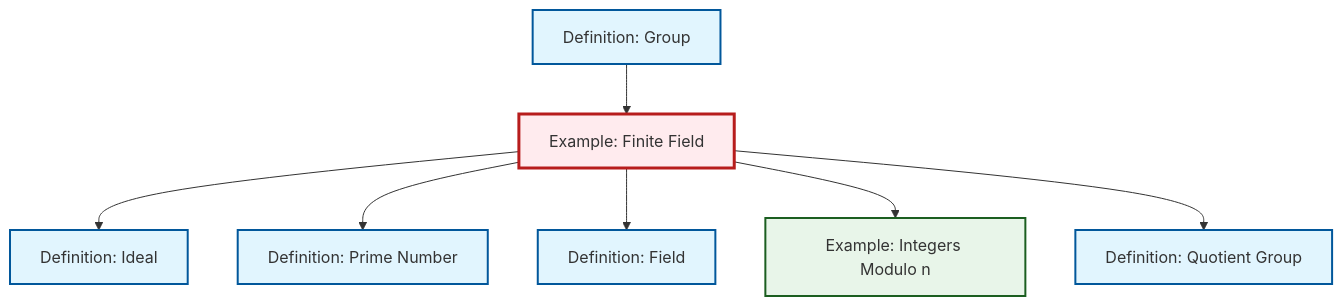
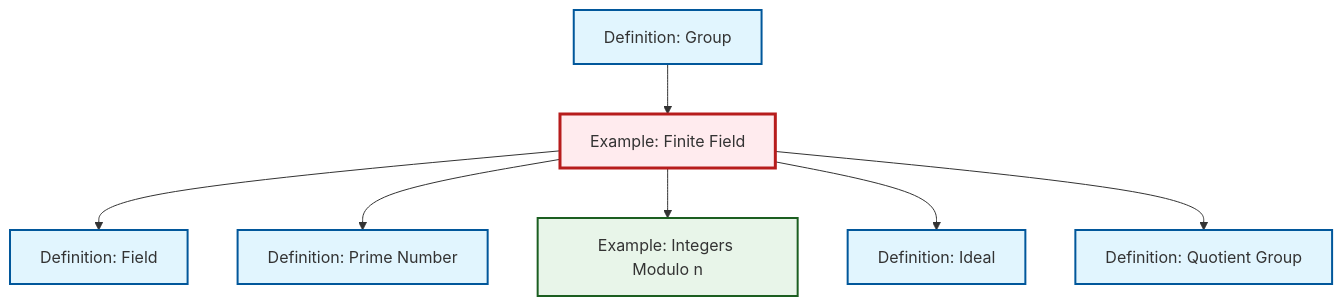
One commit to RK0429/ModernMath changed the diagram in content/en/algebra/ex-finite-field.qmd. Above: the diagram before and after it, drawn with Mermaid. The commit also changed other lines of this file and 497 other files, not shown here.

````diff
--- a/content/en/algebra/ex-finite-field.qmd
+++ b/content/en/algebra/ex-finite-field.qmd
@@ -65,29 +65,29 @@
 ```{mermaid}
 %%| fig-cap: "Local dependency graph"
 graph TD
     classDef definition fill:#e1f5fe,stroke:#01579b,stroke-width:2px
     classDef theorem fill:#f3e5f5,stroke:#4a148c,stroke-width:2px
     classDef axiom fill:#fff3e0,stroke:#e65100,stroke-width:2px
     classDef example fill:#e8f5e9,stroke:#1b5e20,stroke-width:2px
     classDef current fill:#ffebee,stroke:#b71c1c,stroke-width:3px
+    def-prime["Definition: Prime Number"]:::definition
+    def-field["Definition: Field"]:::definition
+    def-ideal["Definition: Ideal"]:::definition
+    ex-quotient-integers-mod-n["Example: Integers Modulo n"]:::example
     def-quotient-group["Definition: Quotient Group"]:::definition
-    ex-quotient-integers-mod-n["Example: Integers Modulo n"]:::example
-    def-ideal["Definition: Ideal"]:::definition
-    def-field["Definition: Field"]:::definition
+    def-group["Definition: Group"]:::definition
     ex-finite-field["Example: Finite Field"]:::example
-    def-prime["Definition: Prime Number"]:::definition
-    def-group["Definition: Group"]:::definition
+    ex-finite-field --> def-field
+    ex-finite-field --> def-prime
+    ex-finite-field --> ex-quotient-integers-mod-n
+    def-group --> ex-finite-field
     ex-finite-field --> def-ideal
-    ex-finite-field --> def-prime
-    def-group --> ex-finite-field
-    ex-finite-field --> def-field
-    ex-finite-field --> ex-quotient-integers-mod-n
     ex-finite-field --> def-quotient-group
     class ex-finite-field current
+    click def-prime "def-prime.html" "Go to Prime Number definition"
+    click def-field "def-field.html" "Go to Field definition"
+    click def-ideal "def-ideal.html" "Go to Ideal definition"
+    click ex-quotient-integers-mod-n "ex-quotient-integers-mod-n.html" "Go to Integers Modulo n example"
     click def-quotient-group "def-quotient-group.html" "Go to Quotient Group definition"
-    click ex-quotient-integers-mod-n "ex-quotient-integers-mod-n.html" "Go to Integers Modulo n example"
-    click def-ideal "def-ideal.html" "Go to Ideal definition"
-    click def-field "def-field.html" "Go to Field definition"
-    click def-prime "def-prime.html" "Go to Prime Number definition"
     click def-group "def-group.html" "Go to Group definition"
 ```
````
